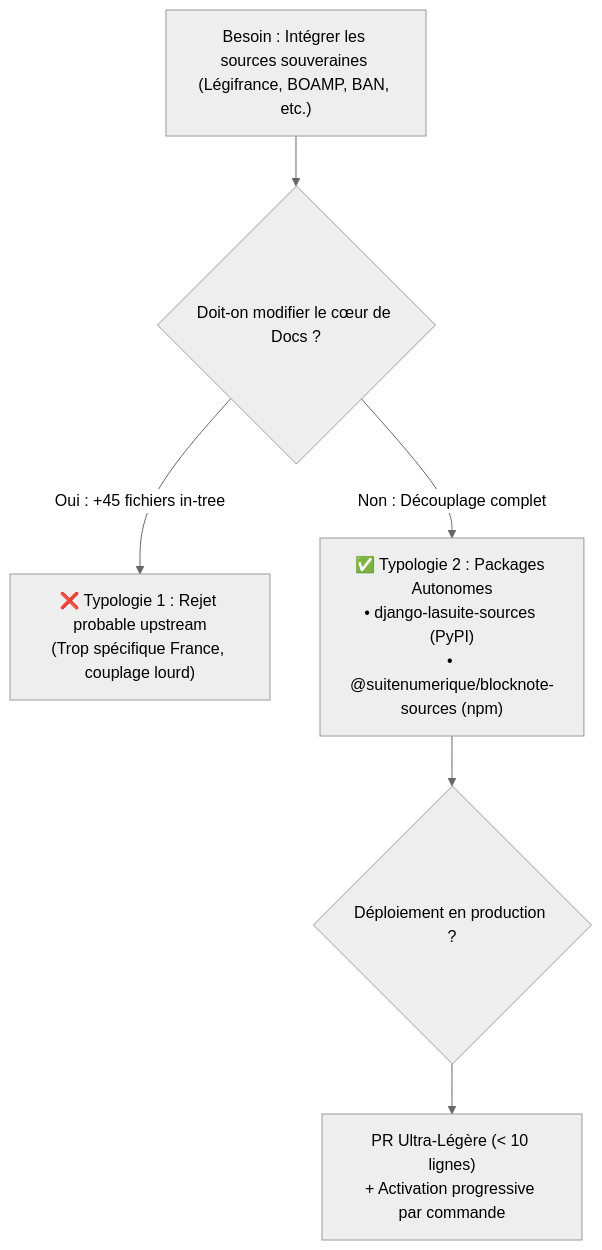
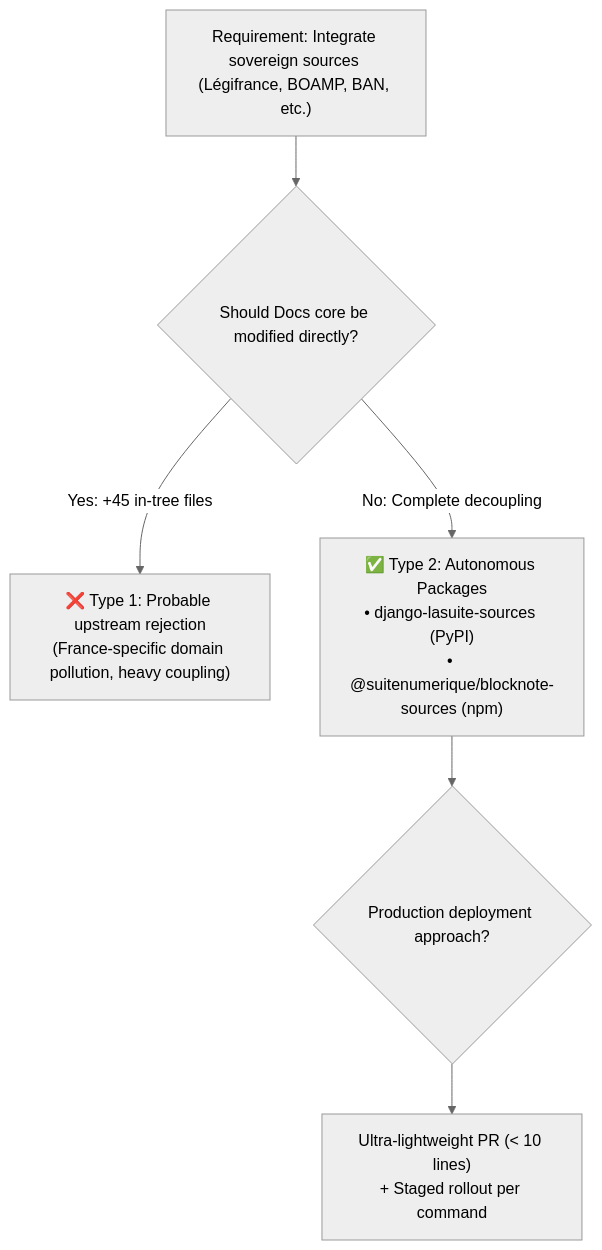
The diagram in PR/04-guide-d-arbitrage.md (waxland/dinum-setup), drawn with Mermaid (neutral theme) before and after one commit. The commit also changed other lines of this file and 77 other files, not shown here.

````diff
--- a/PR/04-guide-d-arbitrage.md
+++ b/PR/04-guide-d-arbitrage.md
@@ -28,11 +28,11 @@
 ```mermaid
 flowchart TD
-    Besoin["Besoin : Intégrer les sources souveraines (Légifrance, BOAMP, BAN, etc.)"]
+    Requirement["Requirement: Integrate sovereign sources (Légifrance, BOAMP, BAN, etc.)"]
     
-    Besoin --> Q1{"Doit-on modifier le cœur de Docs ?"}
-    Q1 -->|Oui : +45 fichiers in-tree| Monolithe["❌ Typologie 1 : Rejet probable upstream<br/>(Trop spécifique France, couplage lourd)"]
-    Q1 -->|Non : Découplage complet| Packages["✅ Typologie 2 : Packages Autonomes<br/>• django-lasuite-sources (PyPI)<br/>• @suitenumerique/blocknote-sources (npm)"]
+    Requirement --> Q1{"Should Docs core be modified directly?"}
+    Q1 -->|Yes: +45 in-tree files| Monolith["❌ Type 1: Probable upstream rejection<br/>(France-specific domain pollution, heavy coupling)"]
+    Q1 -->|No: Complete decoupling| Packages["✅ Type 2: Autonomous Packages<br/>• django-lasuite-sources (PyPI)<br/>• @suitenumerique/blocknote-sources (npm)"]
     
-    Packages --> Q2{"Déploiement en production ?"}
-    Q2 --> OptIn["PR Ultra-Légère (< 10 lignes)<br/>+ Activation progressive par commande"]
+    Packages --> Q2{"Production deployment approach?"}
+    Q2 --> OptIn["Ultra-lightweight PR (< 10 lines)<br/>+ Staged rollout per command"]
 ```
````
